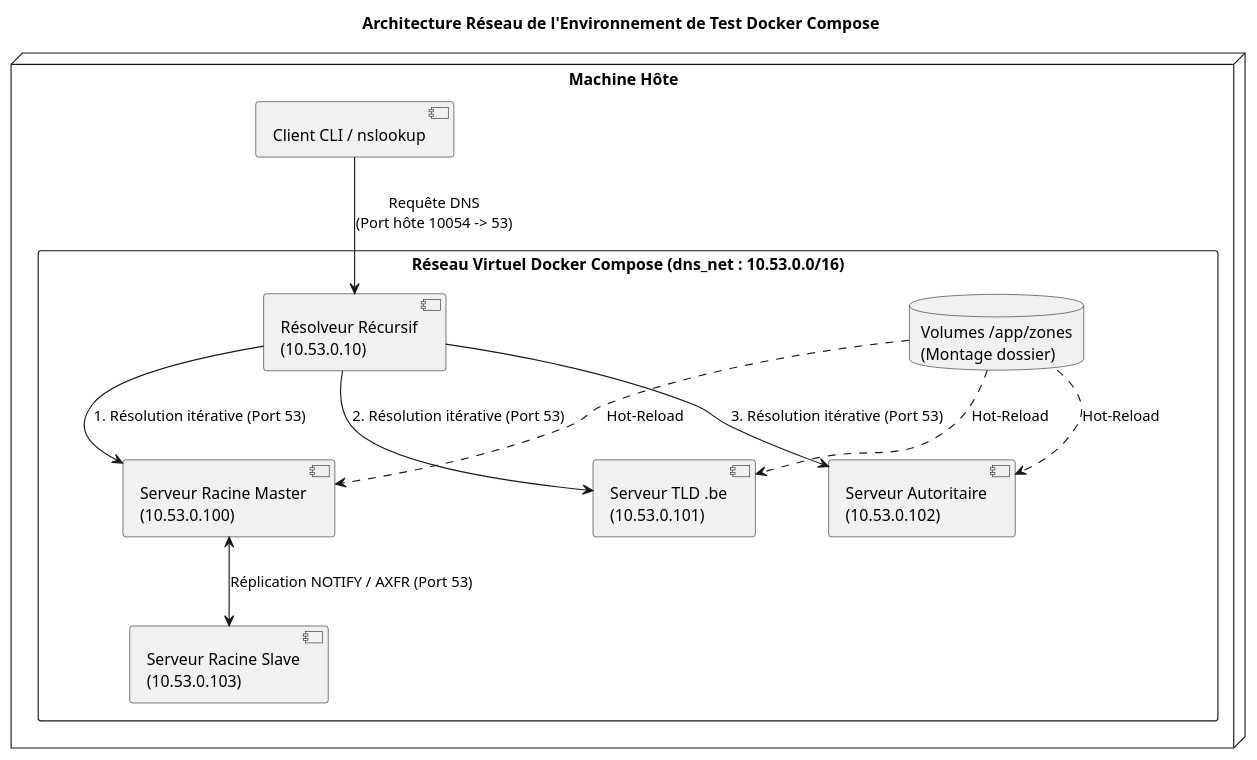
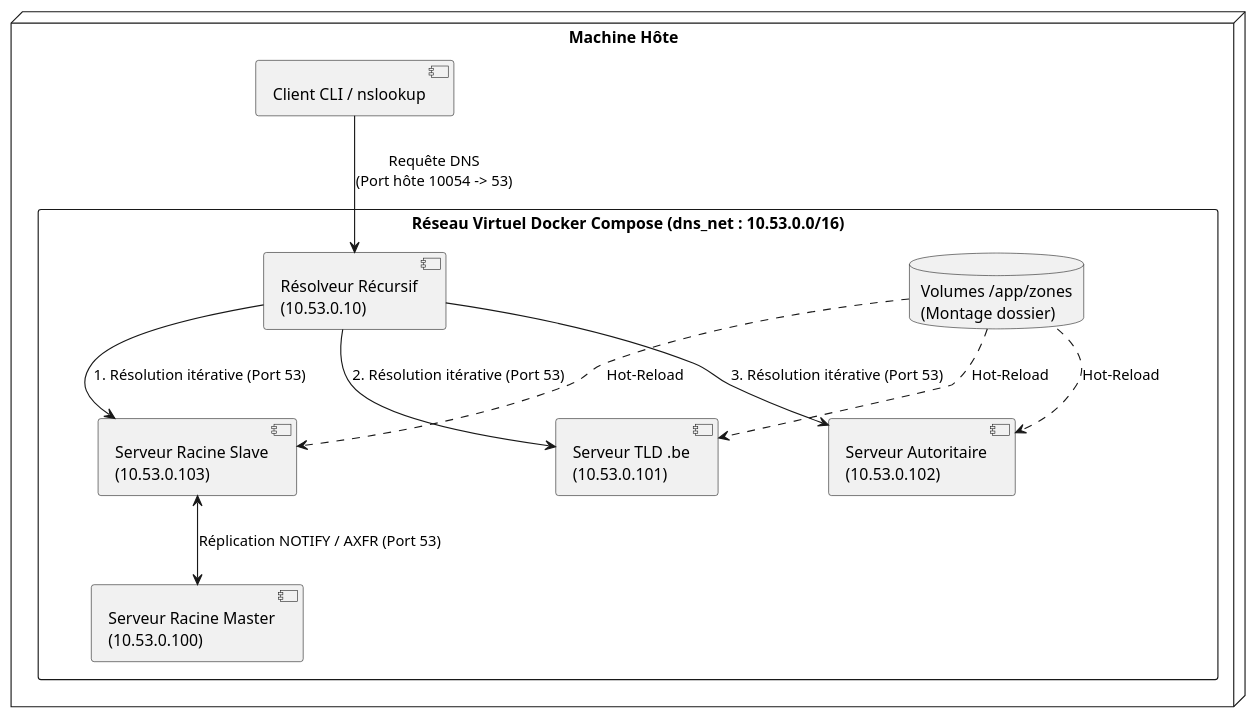
One commit to StSvedar/padr-DNS changed the diagram in doc/schemas/infra.plantuml. Above: the diagram before and after it, drawn with PlantUML. The commit also changed 10 other files, not shown here.

```diff
--- a/doc/schemas/infra.plantuml
+++ b/doc/schemas/infra.plantuml
@@ -1,29 +1,28 @@
 @startuml
-title Architecture Réseau de l'Environnement de Test Docker Compose
 
 node "Machine Hôte" {
     [Client CLI / nslookup] as Client
 
     rectangle "Réseau Virtuel Docker Compose (dns_net : 10.53.0.0/16)" as DockerNet {
         database "Volumes /app/zones\n(Montage dossier)" as Volumes
         
         [Résolveur Récursif\n(10.53.0.10)] as Resolver
         [Serveur Racine Master\n(10.53.0.100)] as RootMaster
         [Serveur Racine Slave\n(10.53.0.103)] as RootSlave
         [Serveur TLD .be\n(10.53.0.101)] as TldNS
         [Serveur Autoritaire\n(10.53.0.102)] as AuthNS
     }
 }
 
 Client --> Resolver : Requête DNS\n(Port hôte 10054 -> 53)
 
-Resolver --> RootMaster : 1. Résolution itérative (Port 53)
+Resolver --> RootSlave : 1. Résolution itérative (Port 53)
 Resolver --> TldNS : 2. Résolution itérative (Port 53)
 Resolver --> AuthNS : 3. Résolution itérative (Port 53)
 
-RootMaster <--> RootSlave : Réplication NOTIFY / AXFR (Port 53)
+RootSlave <--> RootMaster : Réplication NOTIFY / AXFR (Port 53)
 
-Volumes ..> RootMaster : Hot-Reload
+Volumes ..> RootSlave : Hot-Reload
 Volumes ..> TldNS : Hot-Reload
 Volumes ..> AuthNS : Hot-Reload
 @enduml
```
